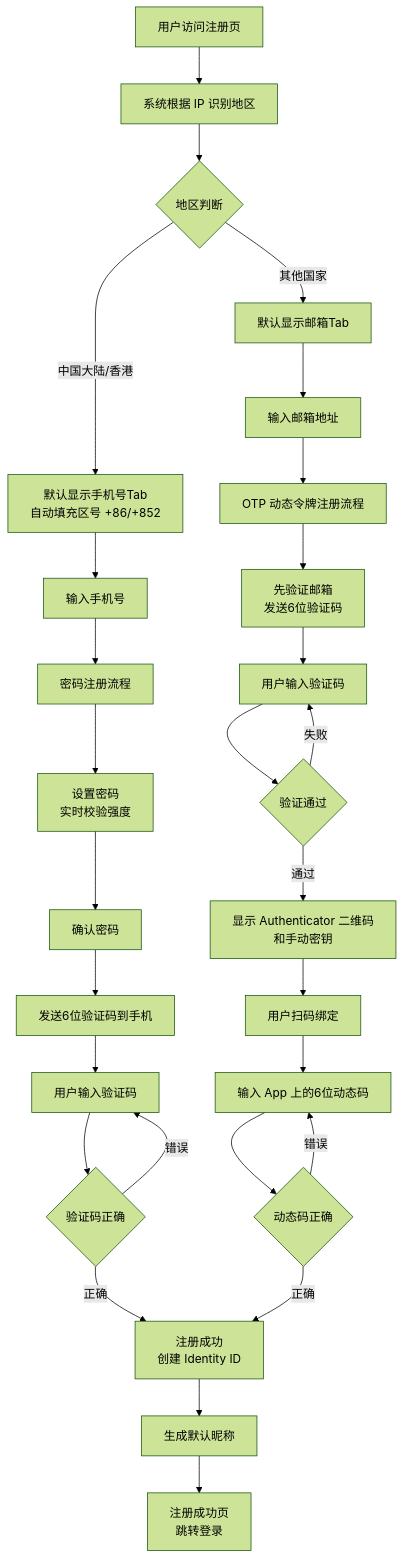
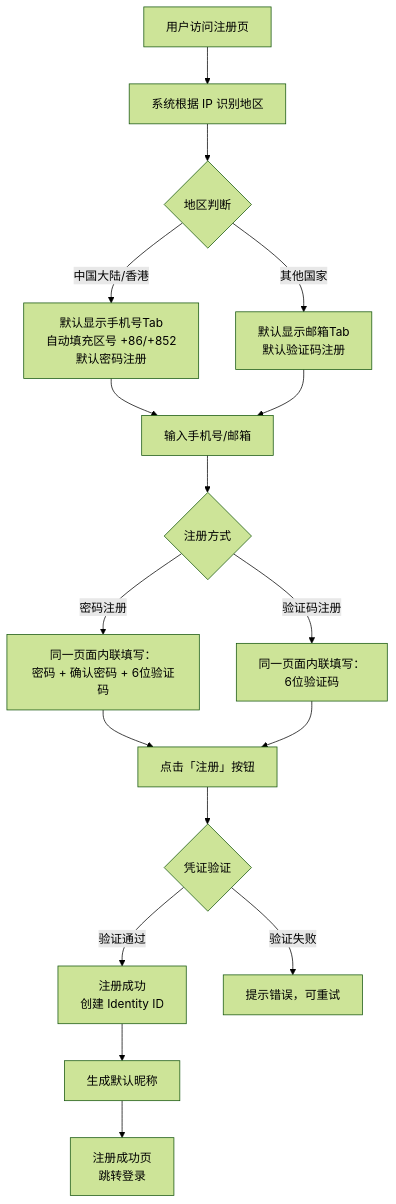
Before and after one commit to xiaoxiaoangie/EX-NEW: the third of 26 diagrams in SigninLogin/prd/MP-register.md, drawn with Mermaid (forest theme). The commit also changed other lines of this file and 14 other files, not shown here.

````diff
--- a/SigninLogin/prd/MP-register.md
+++ b/SigninLogin/prd/MP-register.md
@@ -156,36 +155,24 @@
 ```mermaid
 flowchart TD
     A[用户访问注册页] --> B[系统根据 IP 识别地区]
     B --> C{地区判断}
-    C -->|中国大陆/香港| D1[默认显示手机号Tab<br/>自动填充区号 +86/+852]
-    C -->|其他国家| D2[默认显示邮箱Tab]
+    C -->|中国大陆/香港| D1[默认显示手机号Tab<br/>自动填充区号 +86/+852<br/>默认密码注册]
+    C -->|其他国家| D2[默认显示邮箱Tab<br/>默认验证码注册]
 
-    D1 --> E1[输入手机号]
-    D2 --> E2[输入邮箱地址]
+    D1 --> E[输入手机号/邮箱]
+    D2 --> E
 
-    E1 --> F1[密码注册流程]
-    E2 --> F2[OTP 动态令牌注册流程]
+    E --> F{注册方式}
+    F -->|密码注册| G1[同一页面内联填写：<br/>密码 + 确认密码 + 6位验证码]
+    F -->|验证码注册| G2[同一页面内联填写：<br/>6位验证码]
 
-    F1 --> G1[设置密码<br/>实时校验强度]
-    G1 --> H1[确认密码]
-    H1 --> I1[发送6位验证码到手机]
-    I1 --> J1[用户输入验证码]
-    J1 --> K1{验证码正确}
-    K1 -->|正确| OK[注册成功<br/>创建 Identity ID]
-    K1 -->|错误| J1
+    G1 --> H[点击「注册」按钮]
+    G2 --> H
 
-    F2 --> G2[先验证邮箱<br/>发送6位验证码]
-    G2 --> H2[用户输入验证码]
-    H2 --> I2{验证通过}
-    I2 -->|通过| J2[显示 Authenticator 二维码<br/>和手动密钥]
-    I2 -->|失败| H2
-    J2 --> K2[用户扫码绑定]
-    K2 --> L2[输入 App 上的6位动态码]
-    L2 --> M2{动态码正确}
-    M2 -->|正确| OK
-    M2 -->|错误| L2
+    H --> I{凭证验证}
+    I -->|验证通过| OK[注册成功<br/>创建 Identity ID]
+    I -->|验证失败| J[提示错误，可重试]
 
-    OK --> N[生成默认昵称]
-    N --> O[注册成功页<br/>跳转登录]
-
+    OK --> K[生成默认昵称]
+    K --> L[注册成功页<br/>跳转登录]
 ```
````
